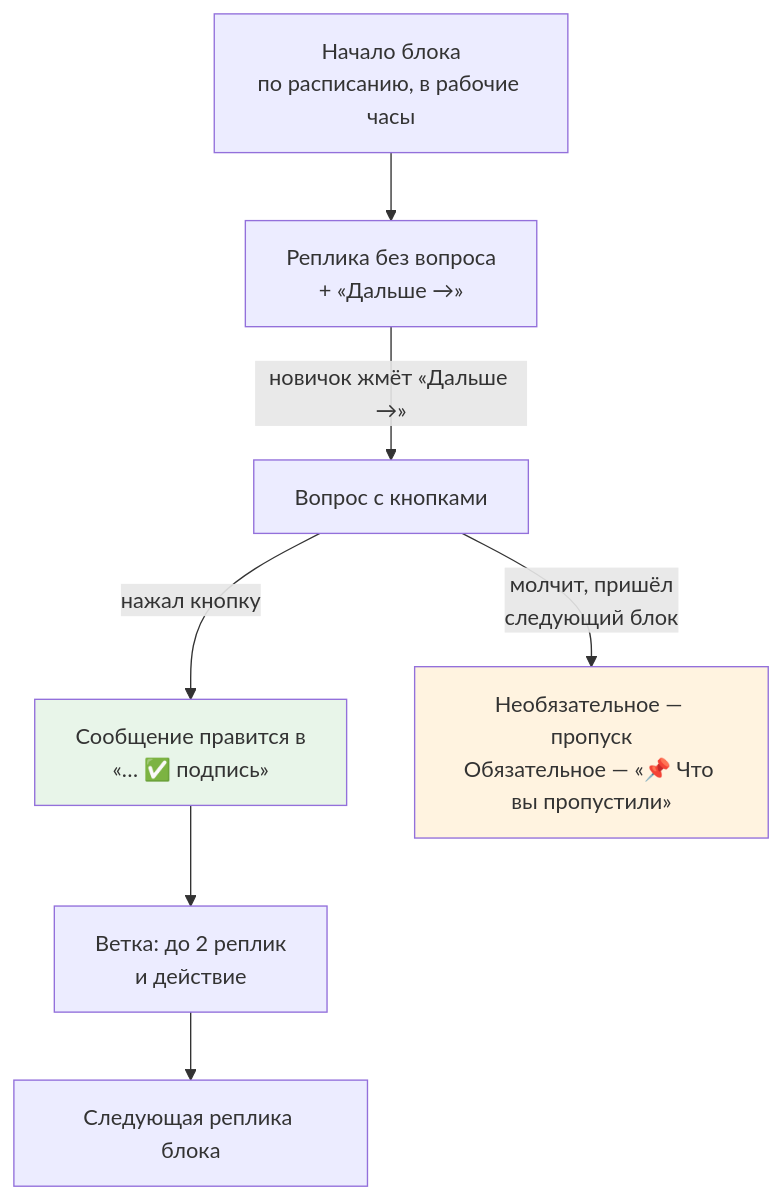
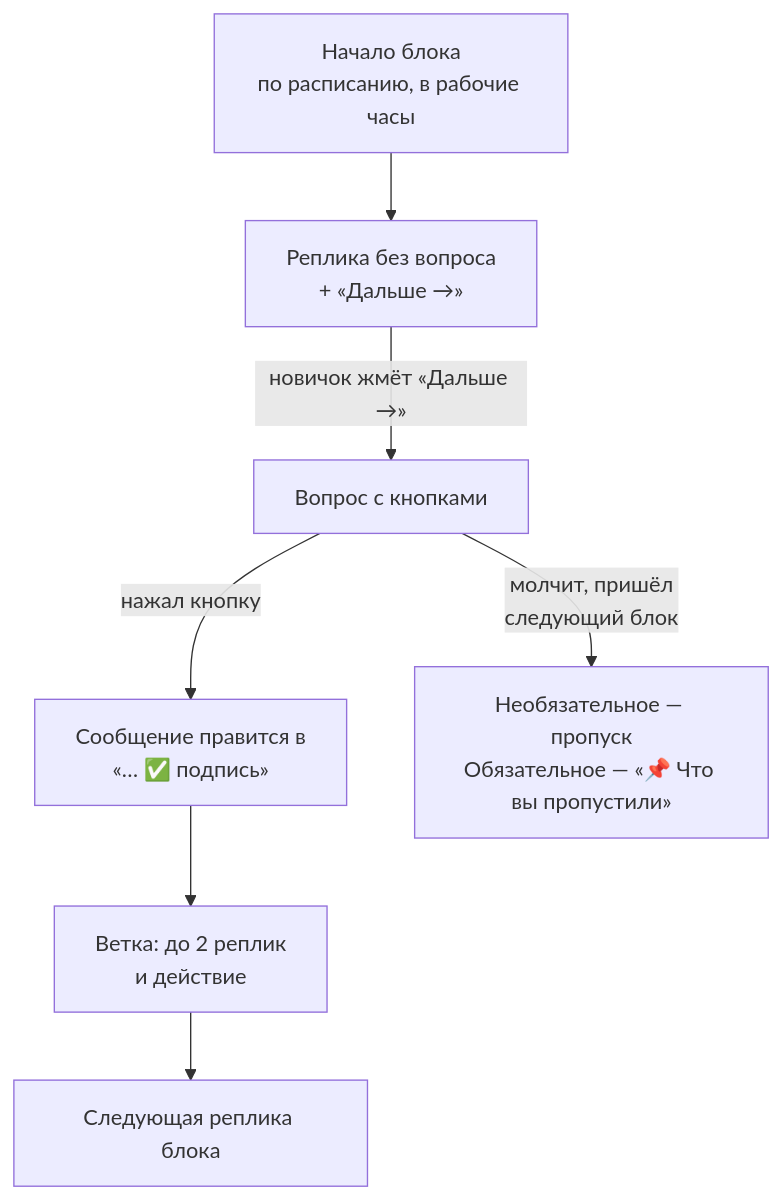
The third of 4 diagrams in agency/system/Human/02-bot-behaviour.md (kunak-agency/polyplastic-bot), drawn with Mermaid before and after one commit. The commit also changed other lines of this file and 6 other files, not shown here.

Commit message:
Документы для человека: схема «Из чего состоит система» без двусторонних стрелок и раскраски — рендерится в старых просмотрщиках Mermaid

````diff
--- a/agency/system/Human/02-bot-behaviour.md
+++ b/agency/system/Human/02-bot-behaviour.md
@@ -88,11 +88,9 @@
 ```mermaid
 flowchart TD
     S["Начало блока<br/>по расписанию, в рабочие часы"] --> M1["Реплика без вопроса<br/>+ «Дальше →»"]
     M1 -->|"новичок жмёт «Дальше →»"| Q["Вопрос с кнопками"]
     Q -->|"нажал кнопку"| E["Сообщение правится в<br/>«… ✅ подпись»"]
     E --> BR["Ветка: до 2 реплик<br/>и действие"]
     BR --> M2["Следующая реплика блока"]
     Q -->|"молчит, пришёл<br/>следующий блок"| MISS["Необязательное — пропуск<br/>Обязательное — «📌 Что вы пропустили»"]
-    style E fill:#e8f5e9
-    style MISS fill:#fff3e0
 ```
````
